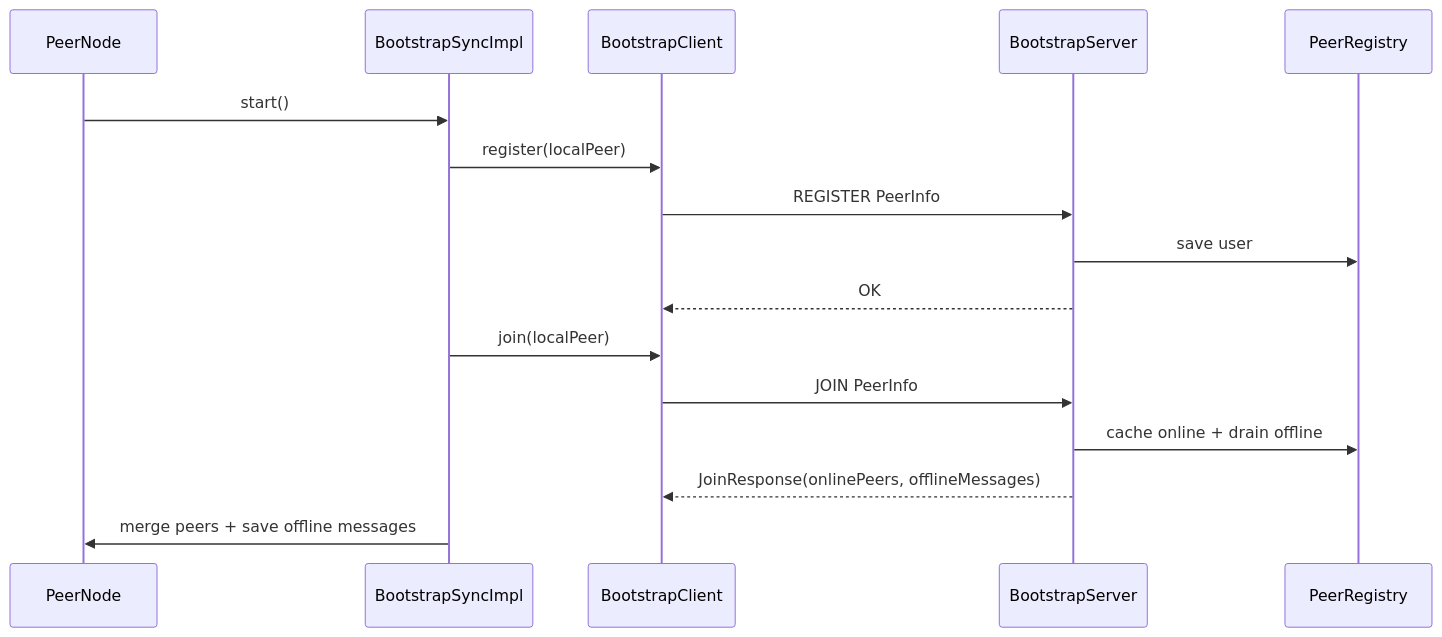
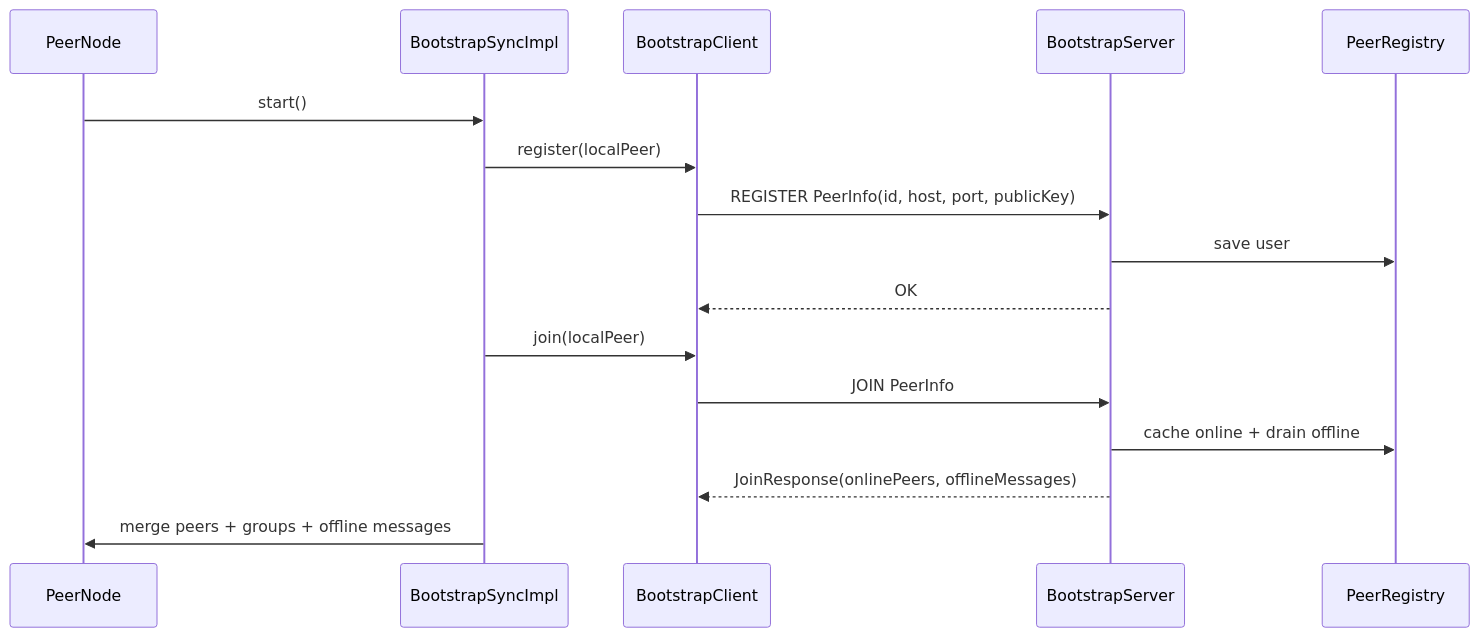
One commit to dungcony/p2p changed the first of 2 diagrams in docs/nop-bai/04_co_che_peer_discovery.md. Above: the diagram before and after it, drawn with Mermaid. The commit also changed other lines of this file and 14 other files, not shown here.

````diff
--- a/docs/nop-bai/04_co_che_peer_discovery.md
+++ b/docs/nop-bai/04_co_che_peer_discovery.md
@@ -31,19 +32,19 @@
 ```mermaid
 sequenceDiagram
     participant P as PeerNode
     participant Sync as BootstrapSyncImpl
     participant Client as BootstrapClient
     participant BS as BootstrapServer
     participant Registry as PeerRegistry
 
     P->>Sync: start()
     Sync->>Client: register(localPeer)
-    Client->>BS: REGISTER PeerInfo
+    Client->>BS: REGISTER PeerInfo(id, host, port, publicKey)
     BS->>Registry: save user
     BS-->>Client: OK
     Sync->>Client: join(localPeer)
     Client->>BS: JOIN PeerInfo
     BS->>Registry: cache online + drain offline
     BS-->>Client: JoinResponse(onlinePeers, offlineMessages)
-    Sync->>P: merge peers + save offline messages
+    Sync->>P: merge peers + groups + offline messages
 ```
````
